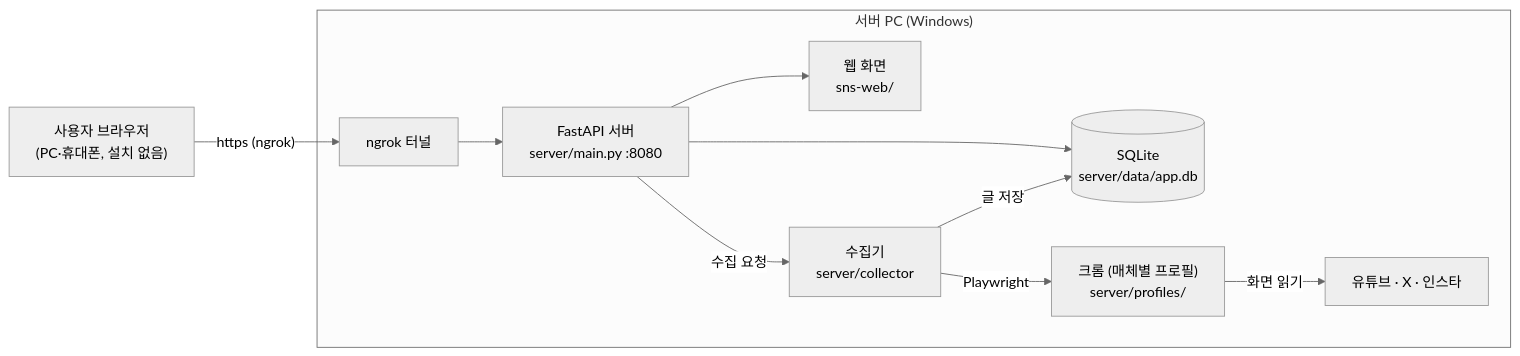
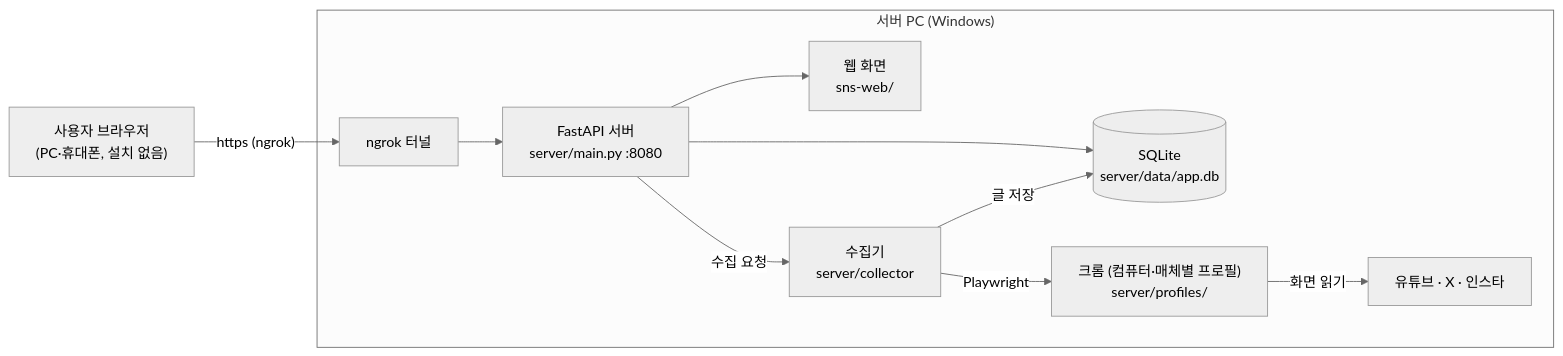
The diagram in sns/README.md (codingstr/SNS_Collection), drawn with Mermaid (neutral theme) before and after one commit. The commit also changed other lines of this file and 28 other files, not shown here.

````diff
--- a/sns/README.md
+++ b/sns/README.md
@@ -13,13 +15,13 @@
 ```mermaid
 flowchart LR
   USER["사용자 브라우저<br/>(PC·휴대폰, 설치 없음)"] -- "https (ngrok)" --> NGROK["ngrok 터널"]
   subgraph PC["서버 PC (Windows)"]
     NGROK --> API["FastAPI 서버<br/>server/main.py :8080"]
     API --> WEB["웹 화면<br/>sns-web/"]
     API --> DB[("SQLite<br/>server/data/app.db")]
     API -- "수집 요청" --> COL["수집기<br/>server/collector"]
-    COL -- "Playwright" --> CHROME["크롬 (매체별 프로필)<br/>server/profiles/"]
+    COL -- "Playwright" --> CHROME["크롬 (컴퓨터·매체별 프로필)<br/>server/profiles/"]
     CHROME -- "화면 읽기" --> SNS["유튜브 · X · 인스타"]
     COL -- "글 저장" --> DB
   end
 ```
````
